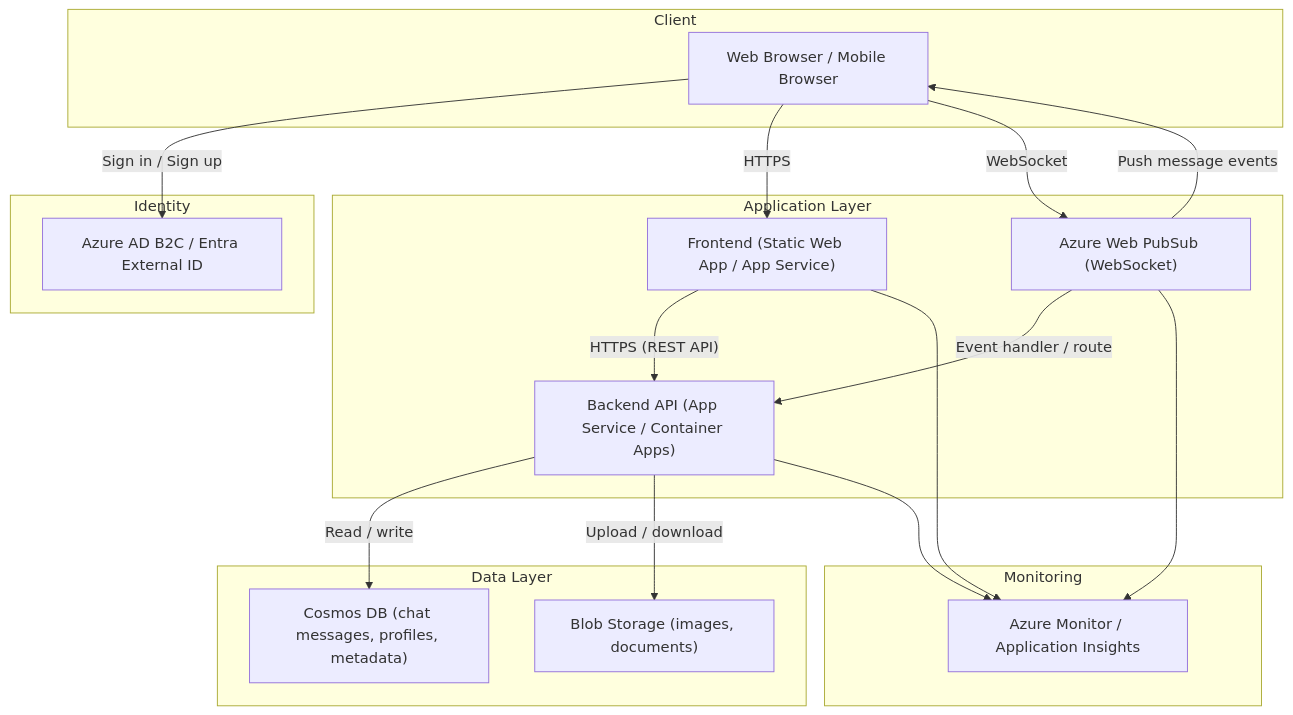
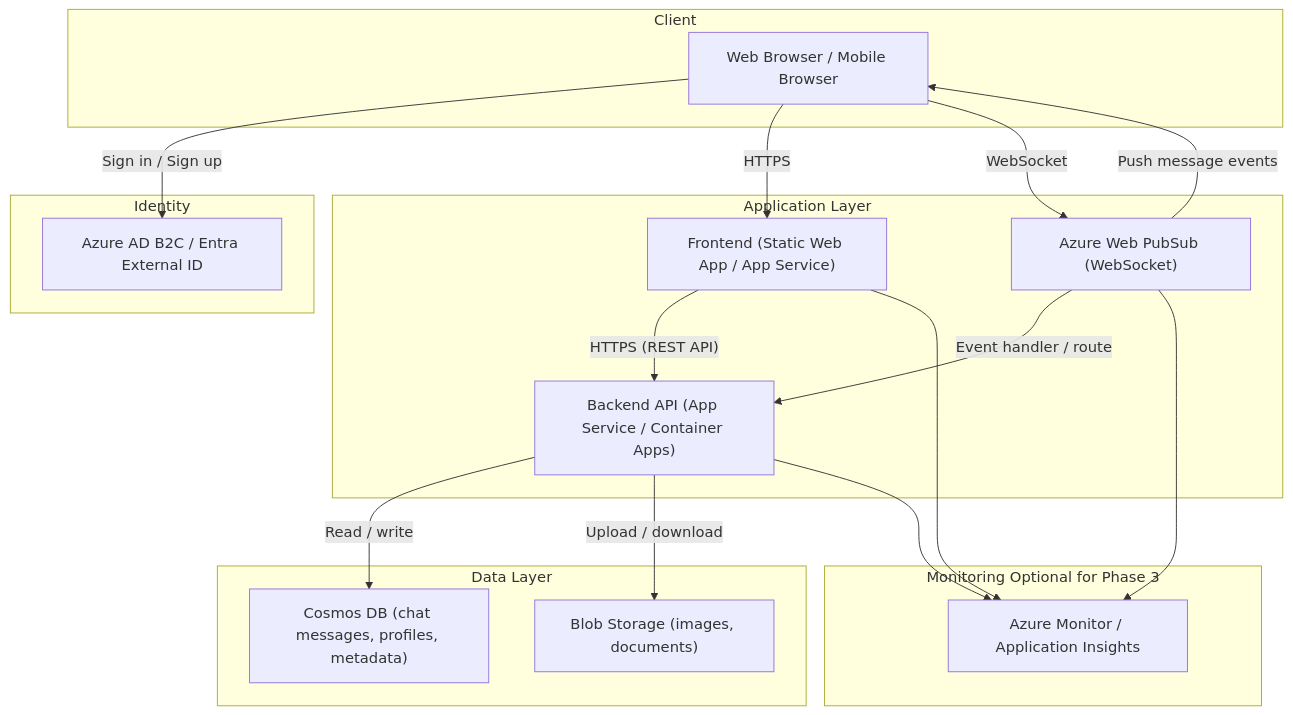
The diagram in Overview.md (XinyiZhao-cloud/CST8912_Group_Project), drawn with Mermaid before and after one commit.

````diff
--- a/Overview.md
+++ b/Overview.md
@@ -5,45 +5,45 @@
 ```mermaid
 flowchart TB
   %% ========== Client Layer ==========
   subgraph Client["Client"]
     U["Web Browser / Mobile Browser"]
   end
 
   %% ========== Identity ==========
   subgraph Identity["Identity"]
     ID["Azure AD B2C / Entra External ID"]
   end
 
   %% ========== App Layer ==========
   subgraph App["Application Layer"]
     FE["Frontend (Static Web App / App Service)"]
     API["Backend API (App Service / Container Apps)"]
     WPS["Azure Web PubSub (WebSocket)"]
   end
 
   %% ========== Data Layer ==========
   subgraph Data["Data Layer"]
     DB["Cosmos DB (chat messages, profiles, metadata)"]
     BL["Blob Storage (images, documents)"]
   end
 
   %% ========== Observability ==========
-  subgraph Obs["Monitoring"]
+  subgraph Obs["Monitoring Optional for Phase 3"]
     MON["Azure Monitor / Application Insights"]
   end
 
   %% Flows
   U -->|"Sign in / Sign up"| ID
   U -->|"HTTPS"| FE
   FE -->|"HTTPS (REST API)"| API
   U -->|"WebSocket"| WPS
   WPS -->|"Push message events"| U
   WPS -->|"Event handler / route"| API
 
   API -->|"Read / write"| DB
   API -->|"Upload / download"| BL
 
   FE --> MON
   API --> MON
   WPS --> MON
 ```
````
